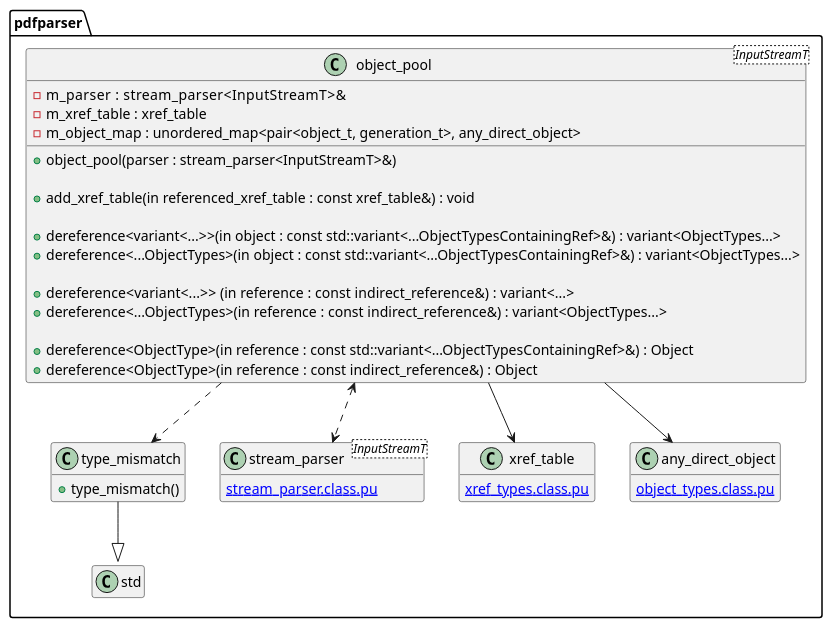
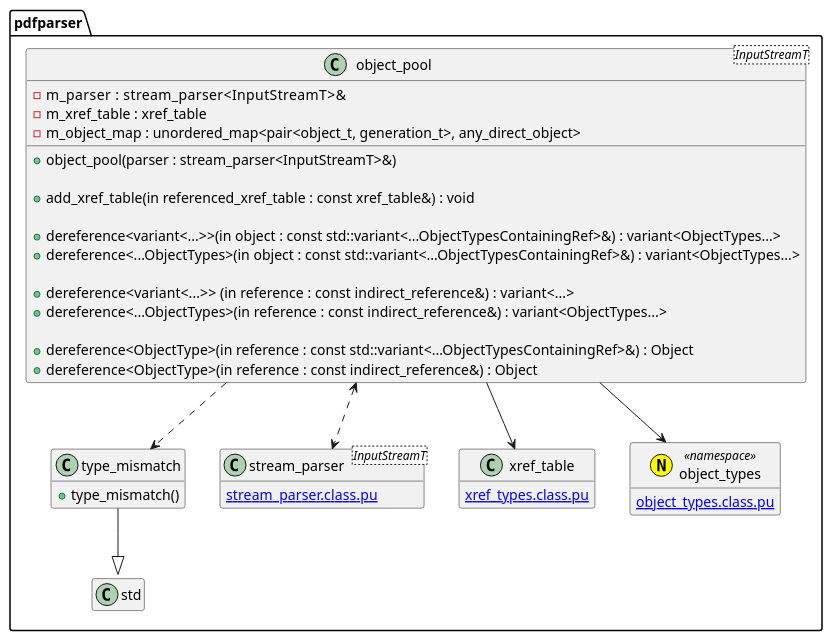
The diagram in document/object_pool.class.pu (KodaiYM/PDFReader), drawn with PlantUML before and after one commit.

Commit message:
関連を any_direct_object から object_types に変更

```diff
--- a/document/object_pool.class.pu
+++ b/document/object_pool.class.pu
@@ -1,44 +1,44 @@
 @startuml object_pool
 hide empty members
 namespace pdfparser {
 class type_mismatch {
 	+type_mismatch()
 }
 type_mismatch --|> std::runtime_error
 
 class object_pool<InputStreamT> {
 	-m_parser     : stream_parser<InputStreamT>&
 	-m_xref_table : xref_table
 	-m_object_map : unordered_map<pair<object_t, generation_t>, any_direct_object>
 
 	+object_pool(parser : stream_parser<InputStreamT>&)
 
 	+add_xref_table(in referenced_xref_table : const xref_table&) : void
 
 	' NOTE: variant 版は必要になったら実装
 	+dereference<variant<...>>(in object : const std::variant<...ObjectTypesContainingRef>&) : variant<ObjectTypes...>
 	+dereference<...ObjectTypes>(in object : const std::variant<...ObjectTypesContainingRef>&) : variant<ObjectTypes...>
 
 	' NOTE: variant 版は必要になったら実装
 	+dereference<variant<...>>  (in reference : const indirect_reference&) : variant<...>
 	+dereference<...ObjectTypes>(in reference : const indirect_reference&) : variant<ObjectTypes...>
 
 	+dereference<ObjectType>(in reference : const std::variant<...ObjectTypesContainingRef>&) : Object
 	+dereference<ObjectType>(in reference : const indirect_reference&) : Object
 }
 object_pool <..> stream_parser
 object_pool --> xref_table
-object_pool --> any_direct_object
+object_pool --> object_types
 object_pool ..> type_mismatch
 
 class stream_parser<InputStreamT> {
 	[[stream_parser.class.pu]]
 }
 class xref_table {
 	[[xref_types.class.pu]]
 }
-class any_direct_object  {
+annotation object_types <<(N, yellow) namespace>> {
 	[[object_types.class.pu]]
 }
 }
 @enduml
```
